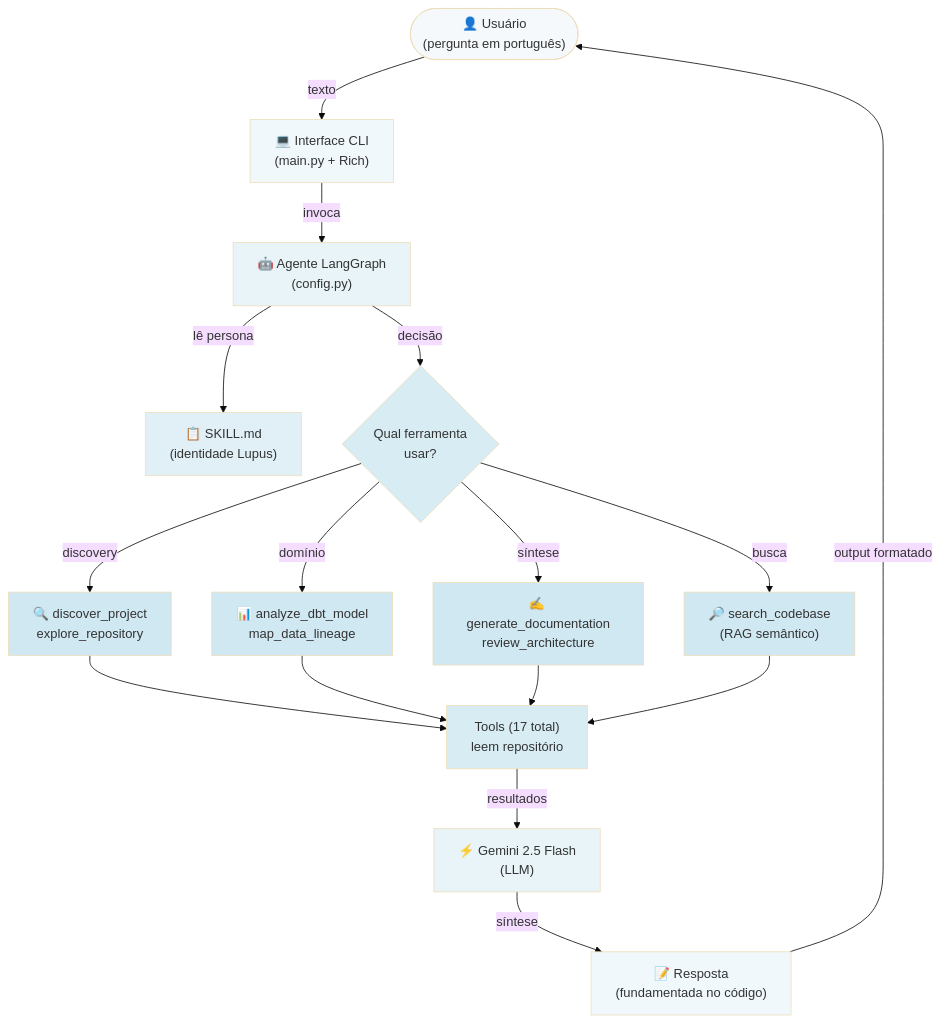
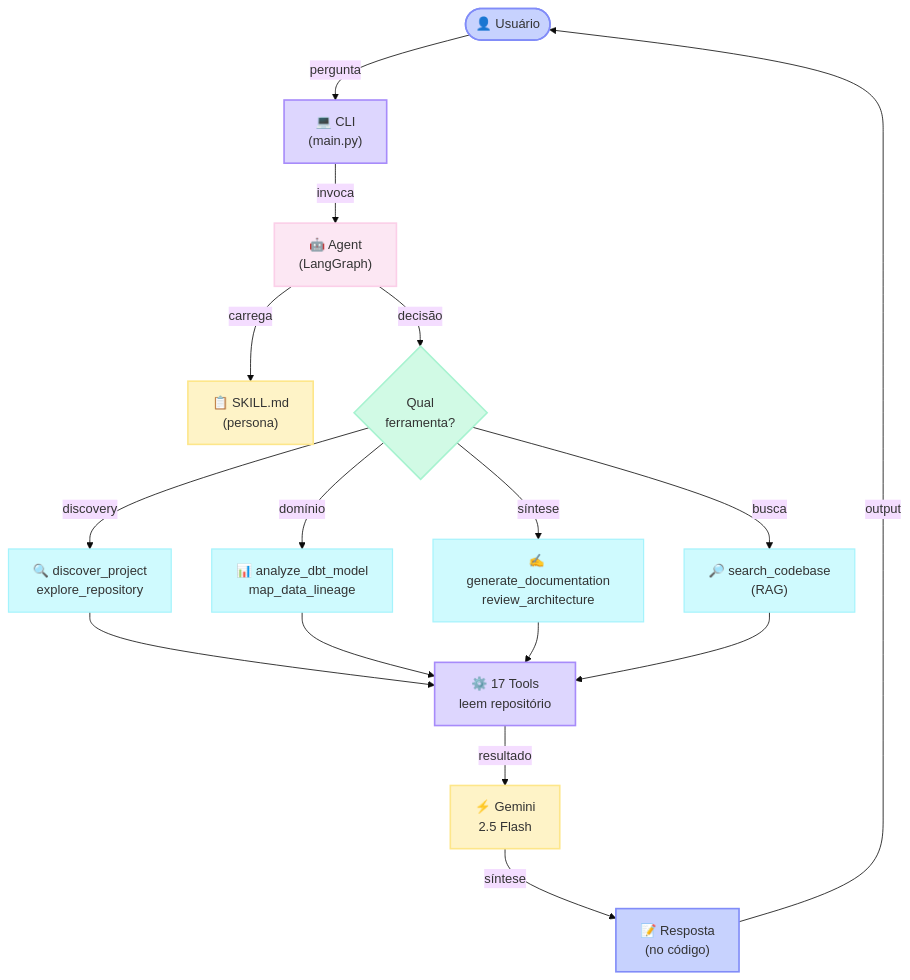
One commit to eduardo-ebdl/lupus changed the first of 2 diagrams in README.md. Above: the diagram before and after it, drawn with Mermaid (base theme). The commit also changed other lines of this file and 6 other files, not shown here.

````diff
--- a/README.md
+++ b/README.md
@@ -68,41 +97,41 @@
 ```mermaid
 flowchart TD
-    User(["👤 Usuário<br/>(pergunta em português)"])
+    User(["👤 Usuário"])
     
-    User -->|texto| CLI["💻 Interface CLI<br/>(main.py + Rich)"]
+    User -->|pergunta| CLI["💻 CLI<br/>(main.py)"]
     
-    CLI -->|invoca| Agent["🤖 Agente LangGraph<br/>(config.py)"]
+    CLI -->|invoca| Agent["🤖 Agent<br/>(LangGraph)"]
     
-    Agent -->|lê persona| Skill["📋 SKILL.md<br/>(identidade Lupus)"]
+    Agent -->|carrega| Skill["📋 SKILL.md<br/>(persona)"]
     
-    Agent -->|decisão| Decision{"Qual ferramenta<br/>usar?"}
+    Agent -->|decisão| Decision{"Qual<br/>ferramenta?"}
     
     Decision -->|discovery| T1["🔍 discover_project<br/>explore_repository"]
     Decision -->|domínio| T2["📊 analyze_dbt_model<br/>map_data_lineage"]
     Decision -->|síntese| T3["✍️ generate_documentation<br/>review_architecture"]
-    Decision -->|busca| T4["🔎 search_codebase<br/>(RAG semântico)"]
+    Decision -->|busca| T4["🔎 search_codebase<br/>(RAG)"]
     
-    T1 --> Tools["Tools (17 total)<br/>leem repositório"]
+    T1 --> Tools["⚙️ 17 Tools<br/>leem repositório"]
     T2 --> Tools
     T3 --> Tools
     T4 --> Tools
     
-    Tools -->|resultados| LLM["⚡ Gemini 2.5 Flash<br/>(LLM)"]
+    Tools -->|resultado| LLM["⚡ Gemini<br/>2.5 Flash"]
     
-    LLM -->|síntese| Response["📝 Resposta<br/>(fundamentada no código)"]
+    LLM -->|síntese| Response["📝 Resposta<br/>(no código)"]
     
-    Response -->|output formatado| User
+    Response -->|output| User
     
-    style User fill:#f5f9fc
-    style CLI fill:#f0f8fc
-    style Agent fill:#e8f4f8
-    style Skill fill:#e0f0f6
-    style Decision fill:#d8ecf4
-    style T1 fill:#d0e8f2
-    style T2 fill:#d0e8f2
-    style T3 fill:#d0e8f2
-    style T4 fill:#d0e8f2
-    style Tools fill:#d8ecf4
-    style LLM fill:#e8f4f8
-    style Response fill:#f0f8fc
+    style User fill:#c7d2fe,stroke:#818cf8,stroke-width:2px,color:#333
+    style CLI fill:#ddd6fe,stroke:#a78bfa,stroke-width:2px,color:#333
+    style Agent fill:#fce7f3,stroke:#fbcfe8,stroke-width:2px,color:#333
+    style Skill fill:#fef3c7,stroke:#fde68a,stroke-width:2px,color:#333
+    style Decision fill:#d1fae5,stroke:#a7f3d0,stroke-width:2px,color:#333
+    style T1 fill:#cffafe,stroke:#a5f3fc,stroke-width:1.5px,color:#333
+    style T2 fill:#cffafe,stroke:#a5f3fc,stroke-width:1.5px,color:#333
+    style T3 fill:#cffafe,stroke:#a5f3fc,stroke-width:1.5px,color:#333
+    style T4 fill:#cffafe,stroke:#a5f3fc,stroke-width:1.5px,color:#333
+    style Tools fill:#ddd6fe,stroke:#a78bfa,stroke-width:2px,color:#333
+    style LLM fill:#fef3c7,stroke:#fde68a,stroke-width:2px,color:#333
+    style Response fill:#c7d2fe,stroke:#818cf8,stroke-width:2px,color:#333
 ```
````
